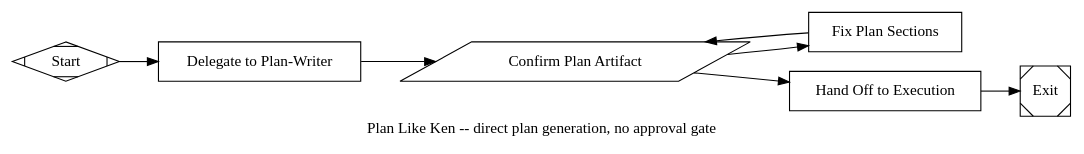
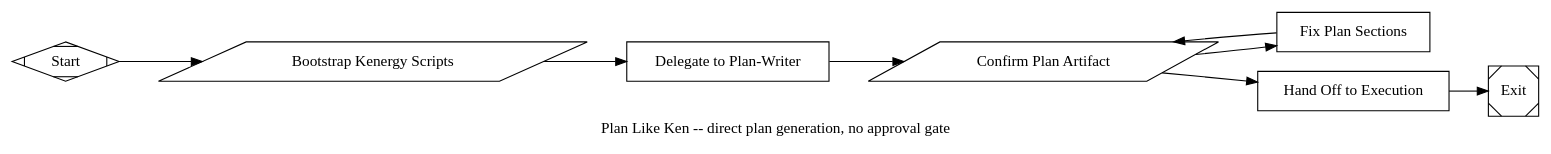
Before and after one commit to kenotron-ms/amplifier-bundle-kenergy: the diagram in pipelines/plan_like_ken/plan_like_ken.dot, drawn with Graphviz. The commit also changed 10 other files, not shown here.

```diff
--- a/pipelines/plan_like_ken/plan_like_ken.dot
+++ b/pipelines/plan_like_ken/plan_like_ken.dot
@@ -1,91 +1,106 @@
 // plan_like_ken.dot
 //
 // Top-level attractor pipeline for /plan-like-ken: turn an approved design
 // directly into an executable plan. No plan-approval gate, no task-by-task
 // negotiation -- design approval (from think_like_ken.dot) was the planning
 // authorization.
 //
 // Source of truth: modes/plan-like-ken.md ("Design approval is the planning
 // authorization. Do not negotiate task breakdown... There is no
 // plan-approval gate and no task-by-task negotiation."), agents/plan-writer.md
 // (Global Constraints, Interfaces, per-task Description/Goal/Specification/
 // Acceptance Criteria/Model Roles contract).
 //
 // DESIGN ORDER (docs/primer.md §3):
 //   1. THE SINK: docs/plans/<date>-<feature>-implementation.md exists AND
 //      demonstrably contains every section the executor
 //      (subagent-driven-development.yaml) requires and validates as
 //      non-empty per task -- not merely "the plan-writer said it wrote one."
 //   2. THE GATE: ConfirmPlanArtifact is a deterministic parallelogram that
 //      greps the actual file for the required section headers per task
 //      (Description/Goal/Specification/Acceptance Criteria/Interfaces/Model
 //      Roles) plus the plan-wide Global Constraints block -- never trusts
 //      the plan-writer's own "plan_done" claim as proof the sections exist.
 //   3. THE LOOP: this pipeline has exactly one cycle by design (RUBRIC.md
 //      §1: "no cycle + LLM judgment = should probably have been a recipe").
 //      Plan-writer is unambiguously an LLM judgment node (it decides task
 //      breakdown, model roles, verification methods) -- so a missing/
 //      malformed section routes back to FixPlanArtifact with the exact gap
 //      named, not a bare failure.
 //   4. THE WORK NODES were written last: DelegatePlanWriter,
 //      ConfirmPlanArtifact, FixPlanArtifact, HandoffToExecution.
 //
 // No skill in this bundle's skill set maps to a subgraph here -- plan-like-ken
 // is a single, direct, unnegotiated delegation to one agent. Forcing a
 // persona-lens or verification-discipline subgraph into this graph would be
 // exactly the kind of unnecessary structure cranky-old-sam's own skill
 // argues against; this pipeline stays minimal because the task is minimal.
 //
 // Context inputs:
 //   $design_doc - path to the approved design document (from think_like_ken.dot)
 //
 // Context outputs:
 //   plan.plan_doc - path to the saved, validated implementation plan
 
 digraph plan_like_ken {
   graph [
     label="Plan Like Ken -- direct plan generation, no approval gate",
     goal="$design_doc",
     rankdir=LR,
     default_max_retry=2,
     default_fidelity="summary:high",
     model_stylesheet="* { llm_model: claude-sonnet-4-6; llm_provider: anthropic; }"
   ];
 
   Start [shape=Mdiamond, label="Start"];
+  // --- Bootstrap: fetch amplifier-bundle-kenergy's scripts/ so downstream
+  // tool_command nodes can shell out to them by an addressable path. Needed
+  // because scripts/*.py never travels with a remotely-fetched .dot file
+  // (materialize_remote_dot only fetches dot_file= targets, never files
+  // referenced only inside a tool_command string), and a tool node's CWD in
+  // some execution environments (e.g. a Resolve worker) is the *target*
+  // workspace repo, not this repo -- so a bare relative "scripts/..." or
+  // "../../scripts/..." path is not reliably resolvable. Idempotent (skips
+  // the clone if already present) so re-running this node, or reaching it
+  // both standalone and nested under kenergy_full_cycle.dot, is harmless.
+  Bootstrap [
+    shape=parallelogram, label="Bootstrap Kenergy Scripts", parse_json="true",
+    tool_command="#!/bin/sh\nset -e\nREF=\"${kenergy_ref:-main}\"\nD=\"/tmp/kenergy-$REF\"\nif [ ! -d \"$D/.git\" ]; then\n  git clone --depth 1 --branch \"$REF\" https://github.com/kenotron-ms/amplifier-bundle-kenergy \"$D\" >&2\nfi\nprintf '{\\\"kenergy_root\\\":\\\"%s\\\"}' \"$D\""
+  ];
   Exit  [shape=Msquare,  label="Exit"];
 
   // Faithful to agents/plan-writer.md's contract: Global Constraints,
   // Interfaces, and the full per-task field set, resolved by engineering
   // judgment -- not negotiated with the human.
   DelegatePlanWriter [
     shape=box, fidelity="full",
     label="Delegate to Plan-Writer",
     prompt="Read the approved design at $design_doc and repository conventions. Resolve implementation-level details with engineering judgment -- do not ask the human to confirm task breakdown, granularity, ordering, or file decomposition unless the design leaves a fact only they can supply.\n\nWrite $execution_root/docs/plans/<date>-<feature>-implementation.md with: a header (Goal/Architecture/Tech Stack/Verification approach), a '## Global Constraints' block capturing the design's project-wide requirements verbatim, and one '### Task N' section per task, each with non-empty Description/Goal/Specification/Acceptance Criteria/Files/Interfaces (Consumes/Produces)/Model Roles (implementation_model_role, review_model_role, escalated_model_role) and complete, copy-pasteable code -- no '// add your code here' placeholders. Write $execution_root/.resolve/plan/plan_path.txt with the saved path"
   ];
 
   // THE GATE -- never trust "plan_done" as proof the required sections exist.
   ConfirmPlanArtifact [
     shape=parallelogram, goal_gate=true, retry_target="DelegatePlanWriter", label="Confirm Plan Artifact",
-    tool_command="#!/bin/sh\nset -e\npython3 ../../scripts/confirm_plan_contract.py --plan-path-file ${execution_root}/.resolve/plan/plan_path.txt"
+    tool_command="#!/bin/sh\nset -e\npython3 ${kenergy_root}/scripts/confirm_plan_contract.py --plan-path-file ${execution_root}/.resolve/plan/plan_path.txt"
   ];
 
   FixPlanArtifact [
     shape=box, fidelity="full",
     label="Fix Plan Sections",
     prompt="ConfirmPlanArtifact found this plan does not yet satisfy the required contract: ${tool.last_output}\n\nRe-delegate to kenergy:plan-writer's own contract and fix exactly the named gaps -- do not rewrite unrelated sections. "
   ];
 
   HandoffToExecution [
     shape=box, fidelity="summary:high",
     label="Hand Off to Execution",
     prompt="Plan confirmed at $(cat $execution_root/.resolve/plan/plan_path.txt). Hand off directly to /build-like-ken (or subagent-driven-development.yaml) -- no approval prompt, no 'does this look right?' checkpoint. "
   ];
 
-  Start                -> DelegatePlanWriter;
+  Start                     -> Bootstrap;
+  Bootstrap                 -> DelegatePlanWriter;
   DelegatePlanWriter    -> ConfirmPlanArtifact;
   ConfirmPlanArtifact   -> HandoffToExecution [condition="context.tool.last_line=contract_satisfied", weight="2"];
   ConfirmPlanArtifact   -> FixPlanArtifact    [condition="context.tool.last_line=contract_violated"];
   FixPlanArtifact       -> ConfirmPlanArtifact [loop_restart="true"];
   HandoffToExecution    -> Exit;
 }
```
